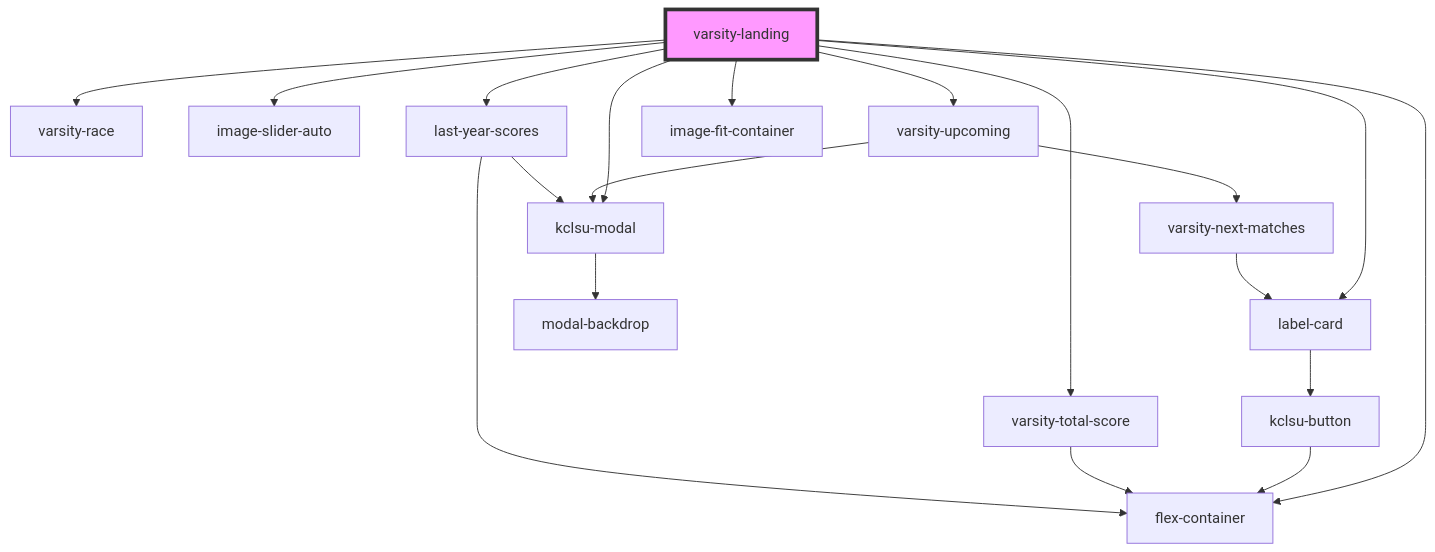
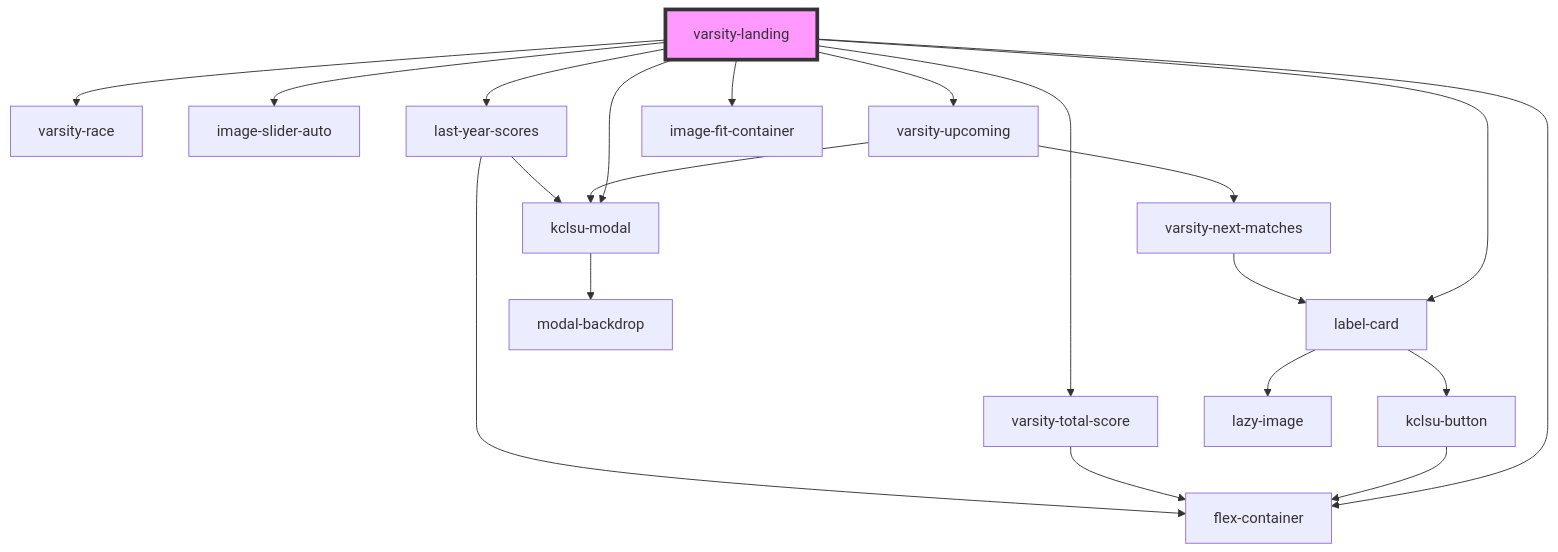
The diagram in src/components/varsity/varsity-landing/readme.md (dev-kylo/component_library), drawn with Mermaid before and after one commit. The commit also changed 27 other files, not shown here.

````diff
--- a/src/components/varsity/varsity-landing/readme.md
+++ b/src/components/varsity/varsity-landing/readme.md
@@ -31,22 +31,23 @@
 ```mermaid
 graph TD;
   varsity-landing --> label-card
   varsity-landing --> varsity-total-score
   varsity-landing --> varsity-race
   varsity-landing --> image-slider-auto
   varsity-landing --> varsity-upcoming
   varsity-landing --> flex-container
   varsity-landing --> kclsu-modal
   varsity-landing --> last-year-scores
   varsity-landing --> image-fit-container
   label-card --> kclsu-button
+  label-card --> lazy-image
   kclsu-button --> flex-container
   varsity-total-score --> flex-container
   varsity-upcoming --> kclsu-modal
   varsity-upcoming --> varsity-next-matches
   kclsu-modal --> modal-backdrop
   varsity-next-matches --> label-card
   last-year-scores --> flex-container
   last-year-scores --> kclsu-modal
   style varsity-landing fill:#f9f,stroke:#333,stroke-width:4px
 ```
````
